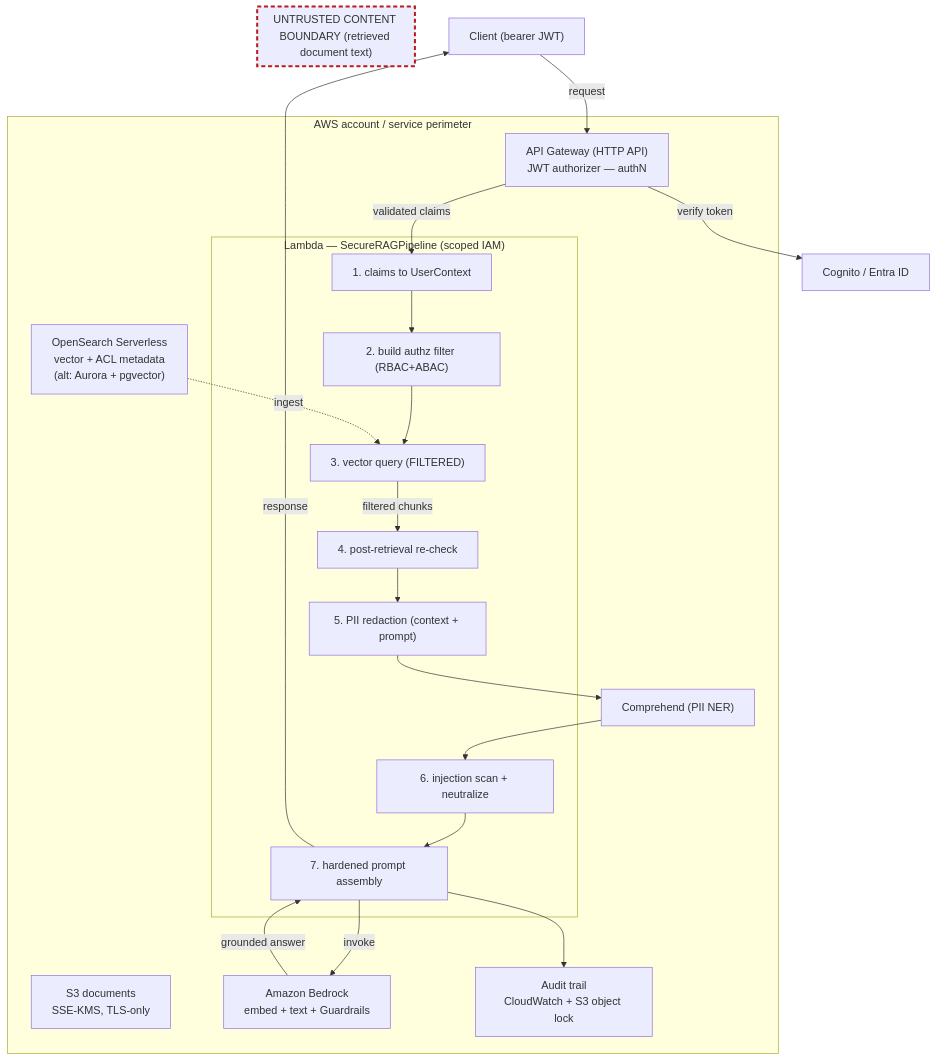
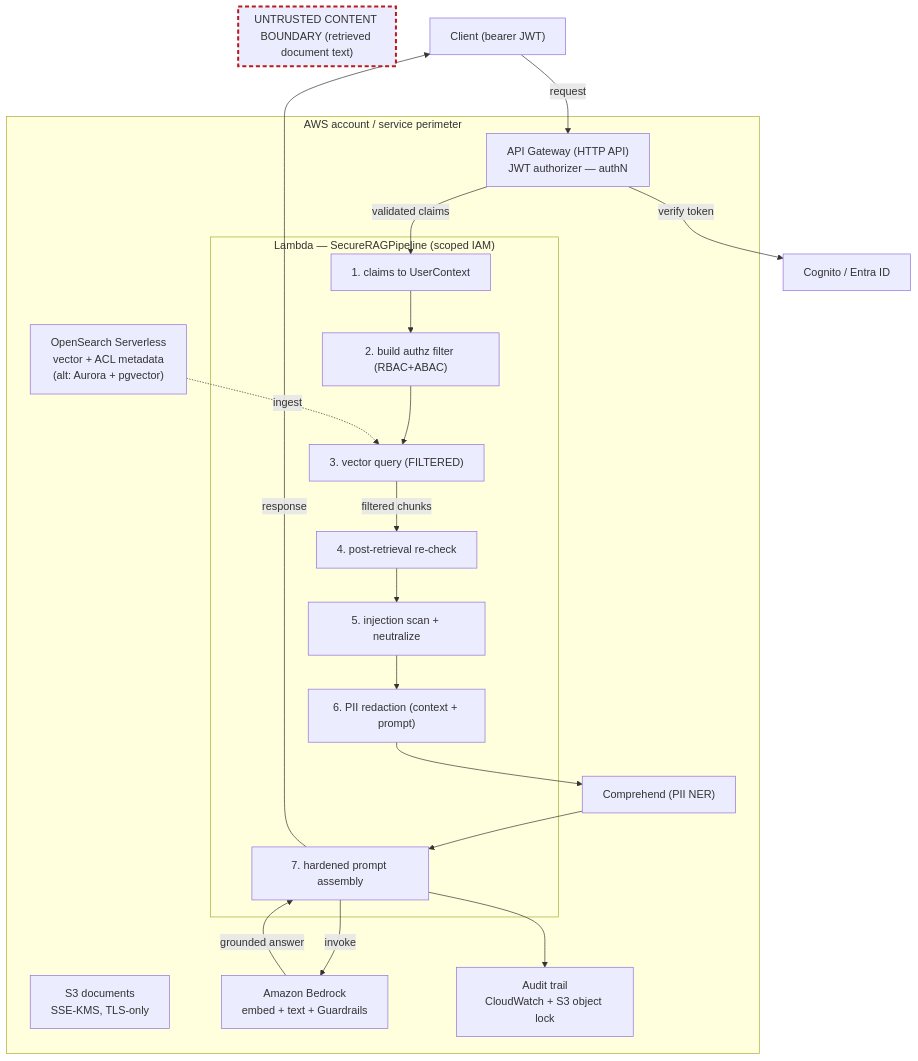
The diagram in docs/ARCHITECTURE.md (cyberaidev/Polyphemus), drawn with Mermaid before and after one commit. The commit also changed other lines of this file and 48 other files, not shown here.

````diff
--- a/docs/ARCHITECTURE.md
+++ b/docs/ARCHITECTURE.md
@@ -68,43 +80,44 @@
 ```mermaid
 flowchart TB
     client["Client (bearer JWT)"]
     idp["Cognito / Entra ID"]
 
     subgraph AWS["AWS account / service perimeter"]
         apigw["API Gateway (HTTP API)\nJWT authorizer — authN"]
         subgraph LAMBDA["Lambda — SecureRAGPipeline (scoped IAM)"]
             identity["1. claims to UserContext"]
             filter["2. build authz filter (RBAC+ABAC)"]
             query["3. vector query (FILTERED)"]
             recheck["4. post-retrieval re-check"]
-            redact["5. PII redaction (context + prompt)"]
-            defend["6. injection scan + neutralize"]
+            defend["5. injection scan + neutralize"]
+            redact["6. PII redaction (context + prompt)"]
             assemble["7. hardened prompt assembly"]
         end
         s3["S3 documents\nSSE-KMS, TLS-only"]
         os["OpenSearch Serverless\nvector + ACL metadata\n(alt: Aurora + pgvector)"]
         comp["Comprehend (PII NER)"]
         bedrock["Amazon Bedrock\nembed + text + Guardrails"]
         audit["Audit trail\nCloudWatch + S3 object lock"]
     end
 
     client -->|request| apigw
     apigw -->|verify token| idp
     apigw -->|validated claims| identity
     identity --> filter --> query
     os -.ingest.-> query
-    query -->|filtered chunks| recheck --> redact
+    query -->|filtered chunks| recheck --> defend
+    defend --> redact
     redact --> comp
-    comp --> defend --> assemble
+    comp --> assemble
     assemble -->|invoke| bedrock
     bedrock -->|grounded answer| assemble
     assemble --> audit
     assemble -->|response| client
 
     subgraph UNTRUSTED["UNTRUSTED CONTENT BOUNDARY (retrieved document text)"]
         os
     end
 
     classDef trust stroke:#b91c1c,stroke-width:3px,stroke-dasharray:6 4;
     class UNTRUSTED trust;
 ```
````
